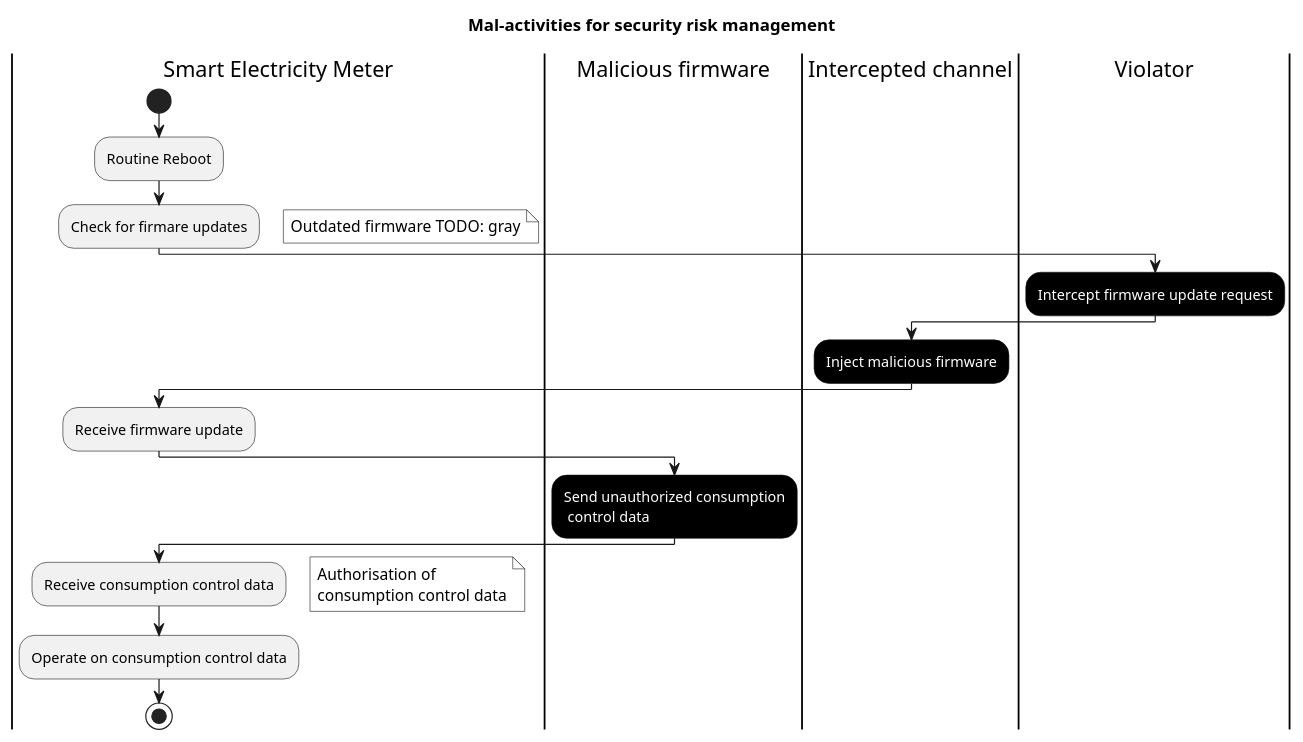
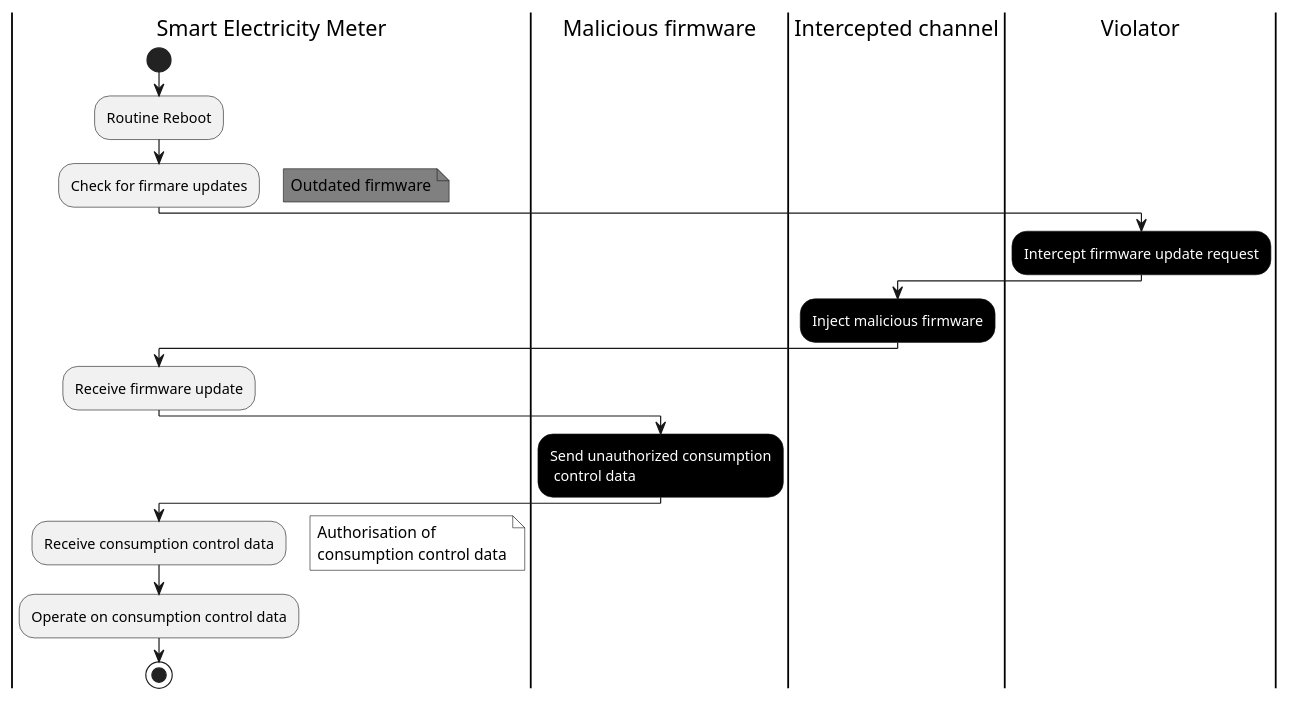
Before and after one commit to gretelilijane/ssd_workshop: the diagram in mal_activities_for_security_risk_management.puml, drawn with PlantUML. The commit also changed 4 other files, not shown here.

```diff
--- a/mal_activities_for_security_risk_management.puml
+++ b/mal_activities_for_security_risk_management.puml
@@ -1,58 +1,55 @@
 @startuml
-title Mal-activities for security risk management
+' title Mal-activities for security risk management
 skinparam Activity {
     FontColor<<misuse>> white
     BackgroundColor<<misuse>> black
 }
 
-skinparam Note {
+skinparam note {
     FontColor black
     BackgroundColor white
+}
 
-    BackgroundColor<<vulnerability>> gray
-}
 
 ' title TRR-AUTHOR-1
 |Smart Electricity Meter|
 start
 :Routine Reboot;
 :Check for firmare updates;
-floating note right 
-    Outdated firmware TODO: gray
-end note 
+floating note right #gray: Outdated firmware
 |Malicious firmware|
 |Intercepted channel|
 |Violator|
 :Intercept firmware update request; <<misuse>>
 |Intercepted channel|
 :Inject malicious firmware; <<misuse>>
 ' :Intercept firmware update request; <<misuse>>
 
 |Smart Electricity Meter|
 :Receive firmware update;
 ' |Smart Electricity Meter|
 ' :Notify server of firmware update;
 ' |Smart Electricity Meter|
 ' :Operate per user-defined parameters;
 |Malicious firmware|
 :Send unauthorized consumption\n control data; <<misuse>>
 |Smart Electricity Meter|
 :Receive consumption control data;
 floating note right
     Authorisation of
     consumption control data
 end note 
 :Operate on consumption control data;
 ' while (Command to operate?) is (Yes)
 ' |Violator|
 ' :Send unauthorized commands; <<misuse>>
 ' |Smart Electricity Meter|
 ' :Operate on sent commands; <<misuse>>
 ' endwhile (No)
 ' -[hidden]->
 ' detach
 
 
 stop
 
 @enduml
```
